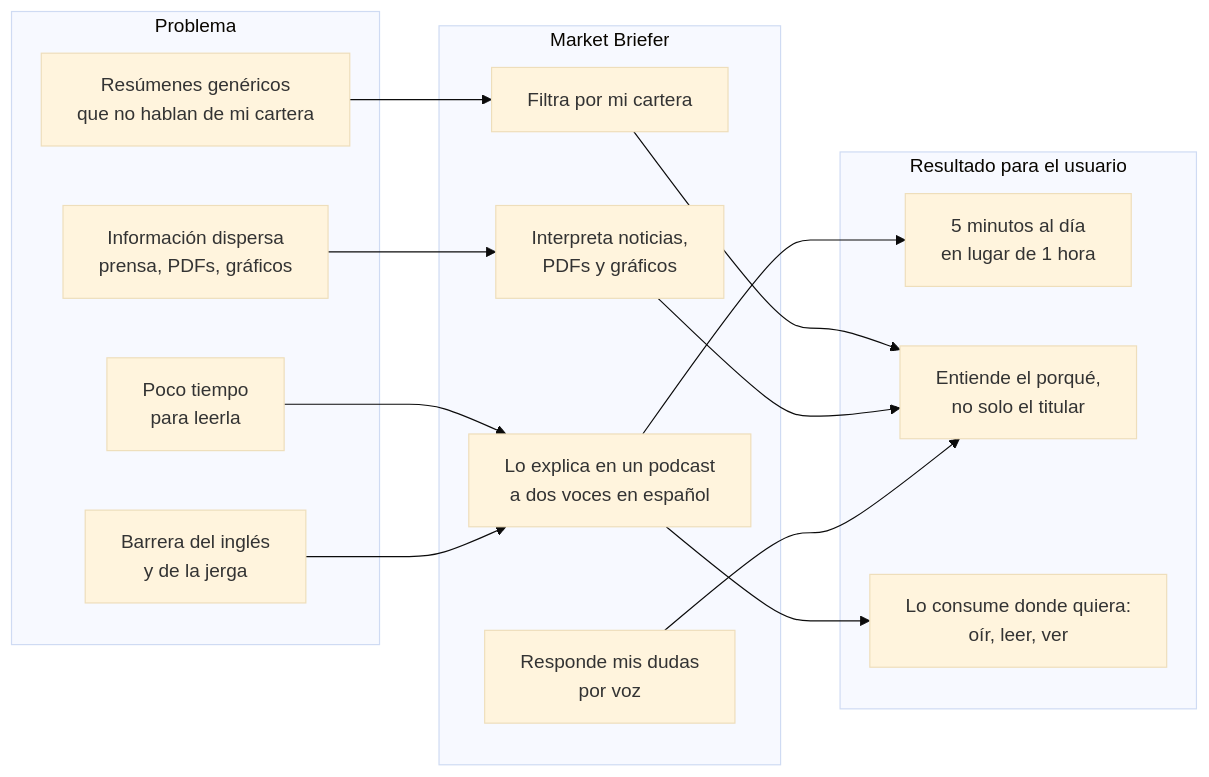
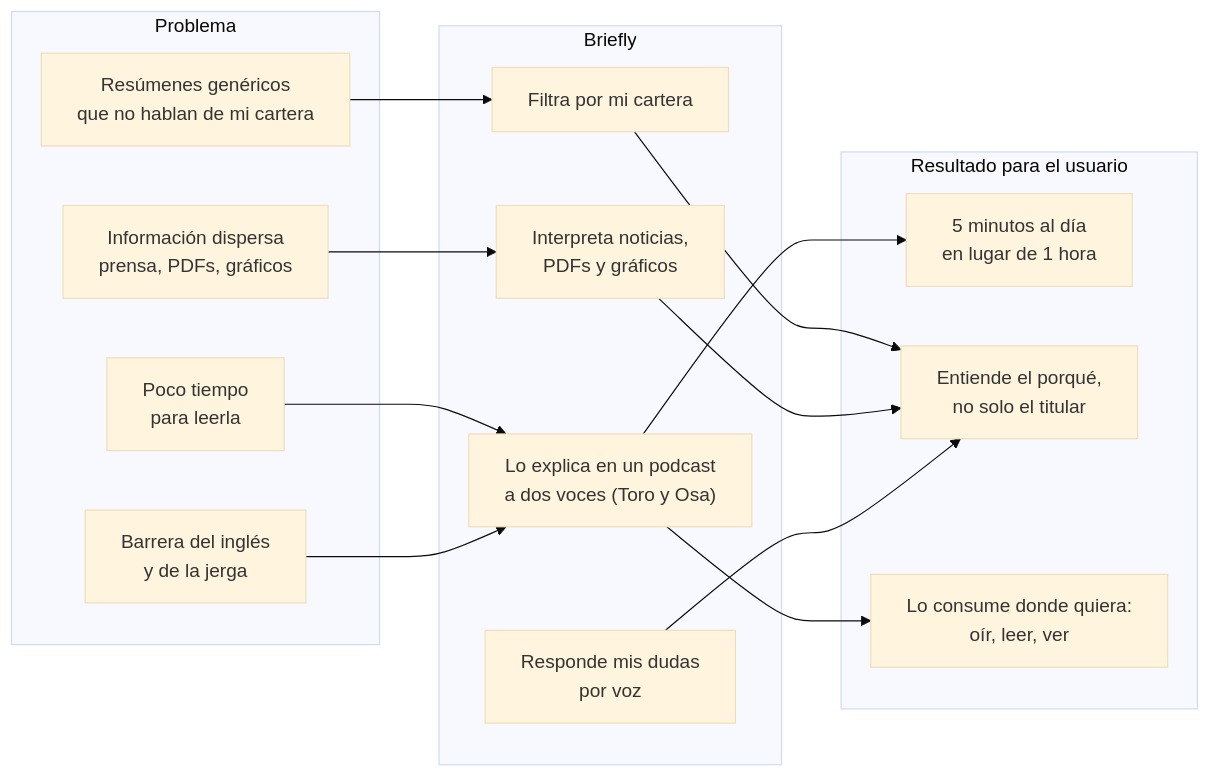
One commit to Romequinco/multimodal-market-briefer changed the diagram in docs/01_producto_y_propuesta_valor.md. Above: the diagram before and after it, drawn with Mermaid (base theme). The commit also changed other lines of this file and 7 other files, not shown here.

````diff
--- a/docs/01_producto_y_propuesta_valor.md
+++ b/docs/01_producto_y_propuesta_valor.md
@@ -5,32 +22,32 @@
 ```mermaid
 flowchart LR
     subgraph DOLOR["Problema"]
         D1["Información dispersa<br/>prensa, PDFs, gráficos"]
         D2["Poco tiempo<br/>para leerla"]
         D3["Resúmenes genéricos<br/>que no hablan de mi cartera"]
         D4["Barrera del inglés<br/>y de la jerga"]
     end
 
-    subgraph PROD["Market Briefer"]
+    subgraph PROD["Briefly"]
         P1["Filtra por mi cartera"]
         P2["Interpreta noticias,<br/>PDFs y gráficos"]
-        P3["Lo explica en un podcast<br/>a dos voces en español"]
+        P3["Lo explica en un podcast<br/>a dos voces (Toro y Osa)"]
         P4["Responde mis dudas<br/>por voz"]
     end
 
     subgraph VALOR["Resultado para el usuario"]
         V1["5 minutos al día<br/>en lugar de 1 hora"]
         V2["Entiende el porqué,<br/>no solo el titular"]
         V3["Lo consume donde quiera:<br/>oír, leer, ver"]
     end
 
     D1 --> P2
     D2 --> P3
     D3 --> P1
     D4 --> P3
     P1 --> V2
     P2 --> V2
     P3 --> V1
     P3 --> V3
     P4 --> V2
 ```
````
